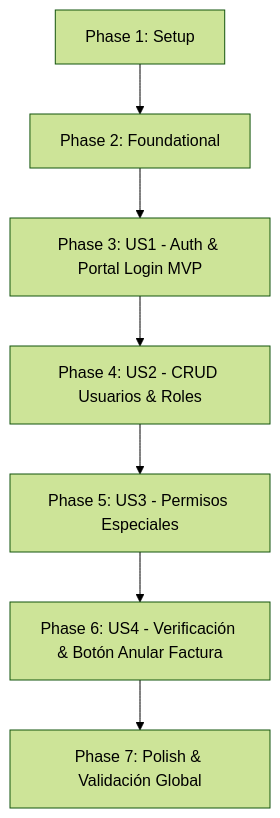
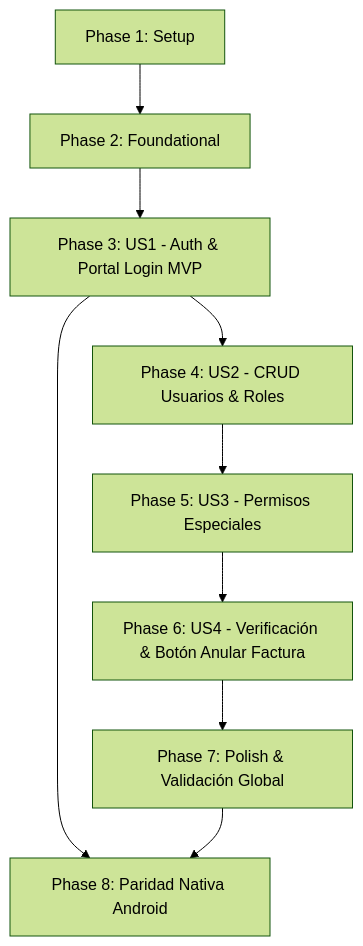
The diagram in specs/001-user-management-auth/tasks.md (dannysalberto/mmedic), drawn with Mermaid (forest theme) before and after one commit. The commit also changed other lines of this file and 221 other files, not shown here.

````diff
--- a/specs/001-user-management-auth/tasks.md
+++ b/specs/001-user-management-auth/tasks.md
@@ -130,9 +142,11 @@
 ```mermaid
 graph TD
     Setup[Phase 1: Setup] --> Foundational[Phase 2: Foundational]
     Foundational --> US1[Phase 3: US1 - Auth & Portal Login MVP]
     US1 --> US2[Phase 4: US2 - CRUD Usuarios & Roles]
     US2 --> US3[Phase 5: US3 - Permisos Especiales]
     US3 --> US4[Phase 6: US4 - Verificación & Botón Anular Factura]
     US4 --> Polish[Phase 7: Polish & Validación Global]
+    US1 --> Android[Phase 8: Paridad Nativa Android]
+    Polish --> Android
 ```
````
